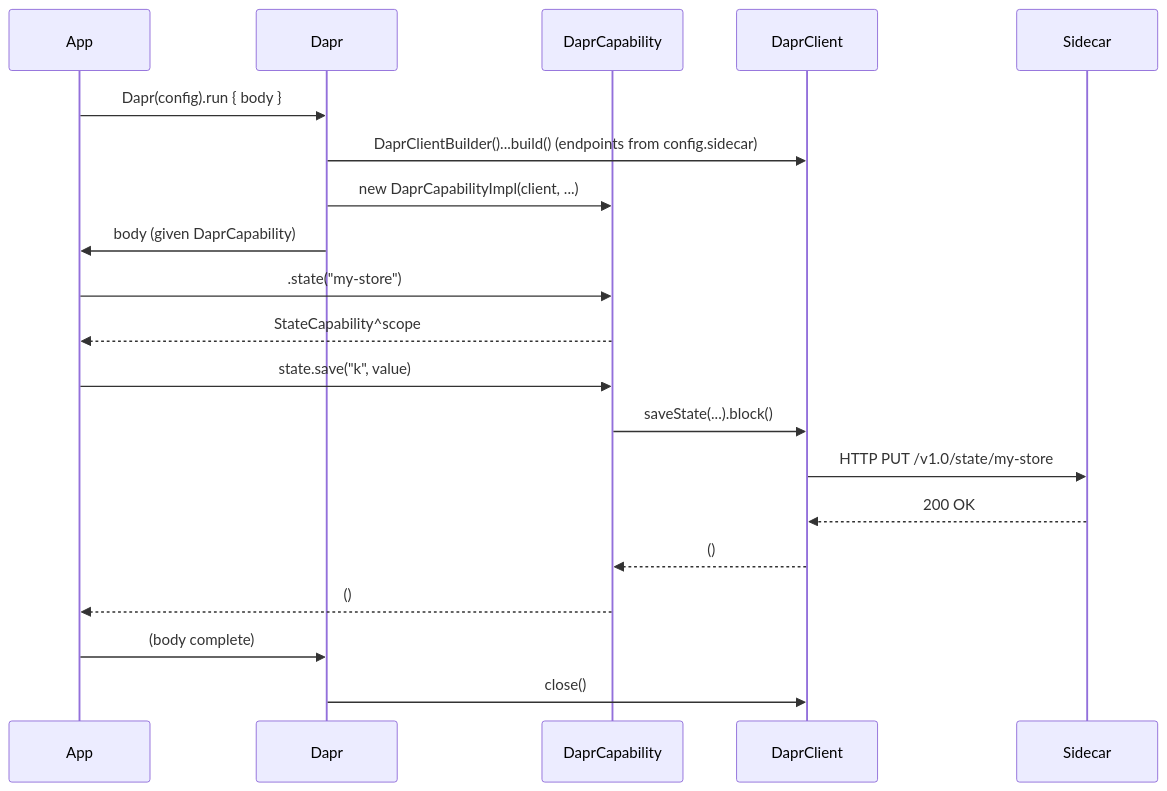
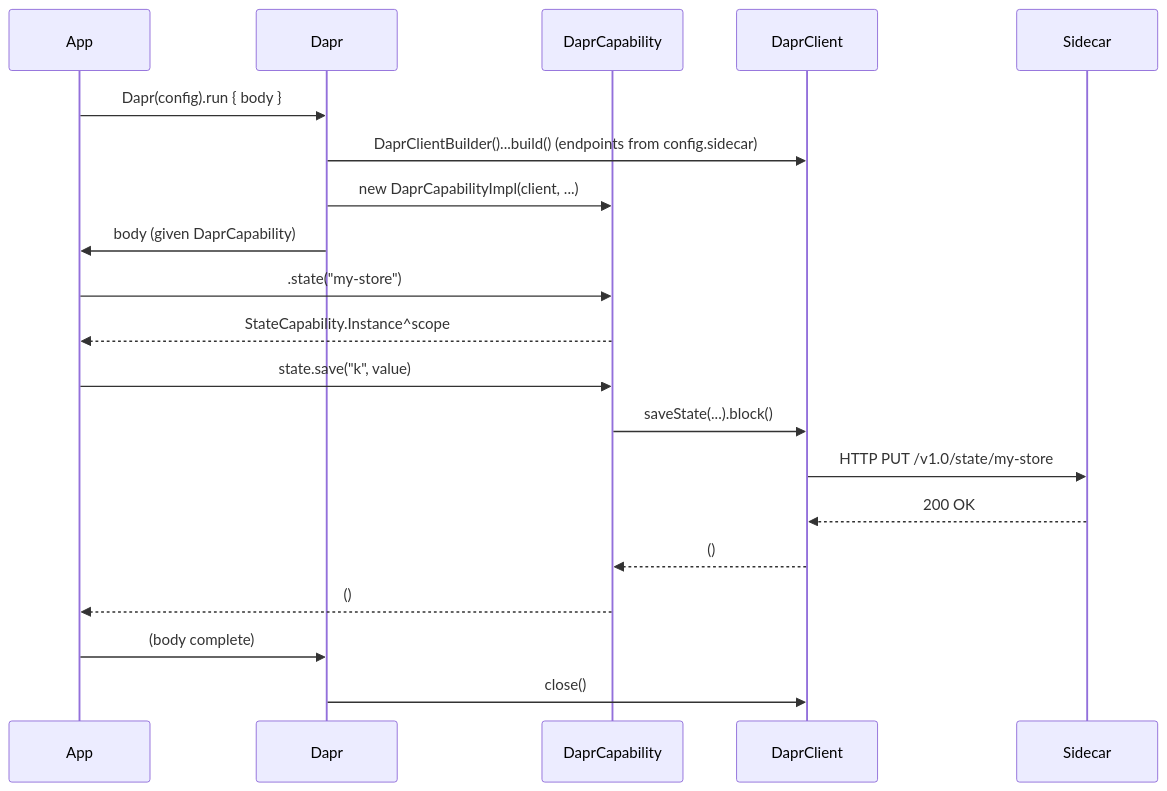
The sixth of 7 diagrams in docs/DESIGN.md (sideeffffect/dapr4s), drawn with Mermaid before and after one commit. The commit also changed other lines of this file and 3 other files, not shown here.

First line of the commit message:
docs: describe the universal capability + Instance + ReadOnly tiers

````diff
--- a/docs/DESIGN.md
+++ b/docs/DESIGN.md
@@ -559,23 +540,23 @@
 ```mermaid
 sequenceDiagram
     participant App
     participant Dapr
     participant DaprCapability
     participant DaprClient
     participant Sidecar
 
     App->>Dapr: Dapr(config).run { body }
     Dapr->>DaprClient: DaprClientBuilder()...build()  (endpoints from config.sidecar)
     Dapr->>DaprCapability: new DaprCapabilityImpl(client, ...)
     Dapr->>App: body (given DaprCapability)
     App->>DaprCapability: .state("my-store")
-    DaprCapability-->>App: StateCapability^scope
+    DaprCapability-->>App: StateCapability.Instance^scope
     App->>DaprCapability: state.save("k", value)
     DaprCapability->>DaprClient: saveState(...).block()
     DaprClient->>Sidecar: HTTP PUT /v1.0/state/my-store
     Sidecar-->>DaprClient: 200 OK
     DaprClient-->>DaprCapability: ()
     DaprCapability-->>App: ()
     App->>Dapr: (body complete)
     Dapr->>DaprClient: close()
 ```
````
